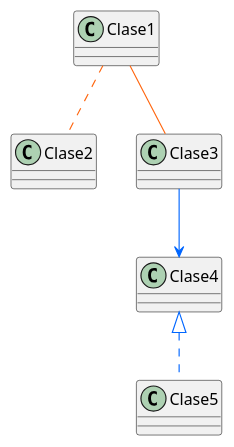
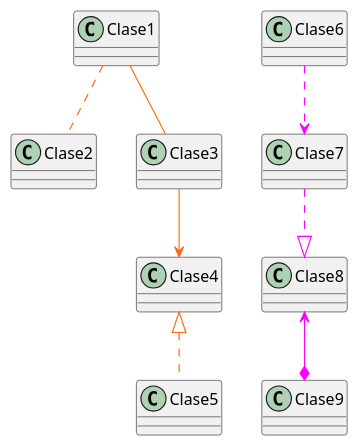
One commit to Espadv69/uml-begginer changed the diagram in uml/diagrama7.puml. Above: the diagram before and after it, drawn with PlantUML.

Commit message:
Update: more boxes.

```diff
--- a/uml/diagrama7.puml
+++ b/uml/diagrama7.puml
@@ -1,8 +1,17 @@
 @startuml diagrama7
+
 
     Clase1 .[#ff660f]. Clase2
     Clase1 -[#ff660f]- Clase3
-    Clase3 -[#0066ff]-> Clase4
-    Clase4 <|.[#0066ff]. Clase5
+
+    Clase3 -[#ff660f]-> Clase4
+
+    Clase4 <|.[#ff660f]. Clase5
+
+    Clase6 .[#ff00ff].> Clase7
+
+    Clase7 .[#ff00ff].|> Clase8
+    
+    Clase8 <-[#ff00ff]-* Clase9
 
 @enduml
```
